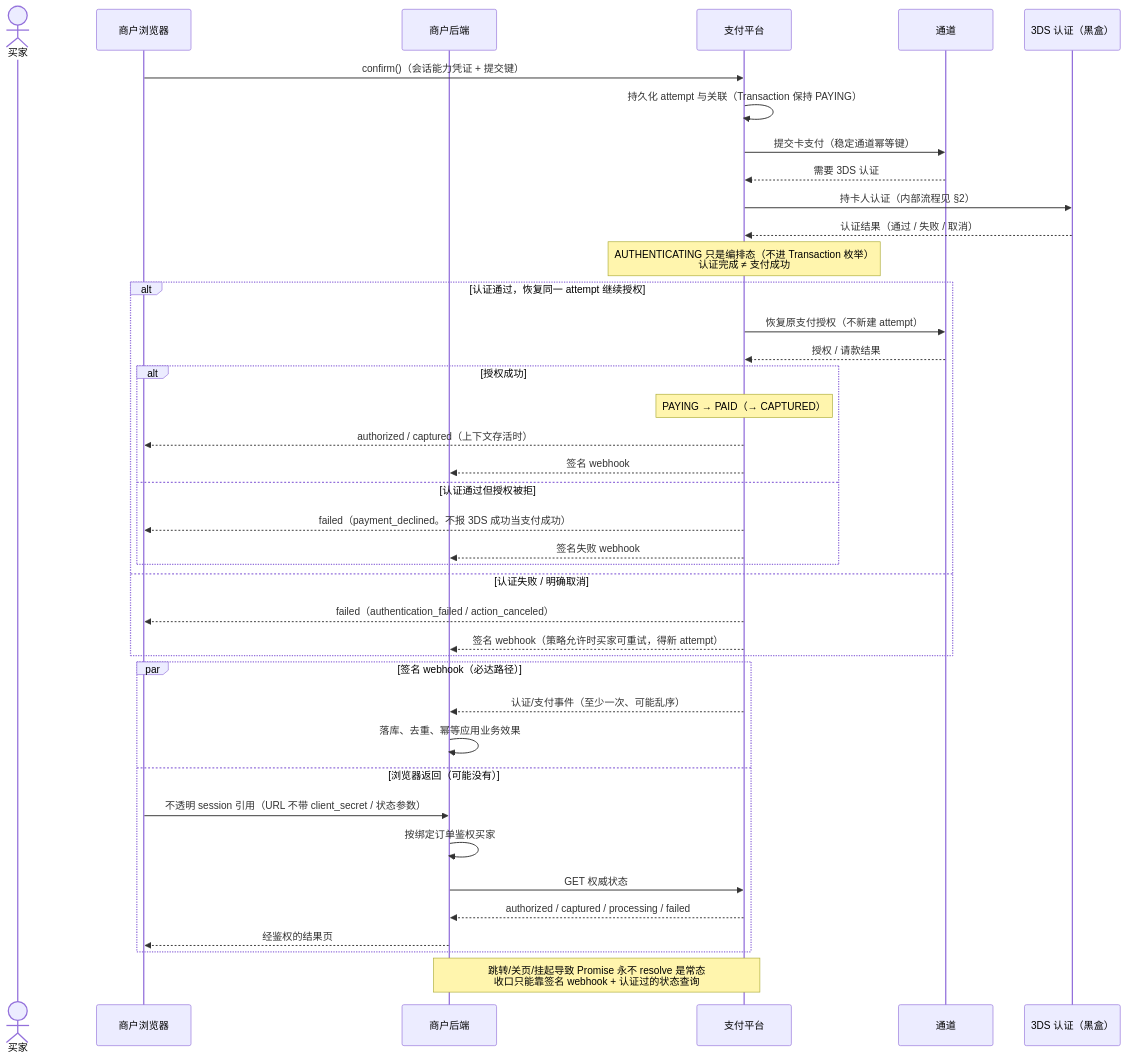
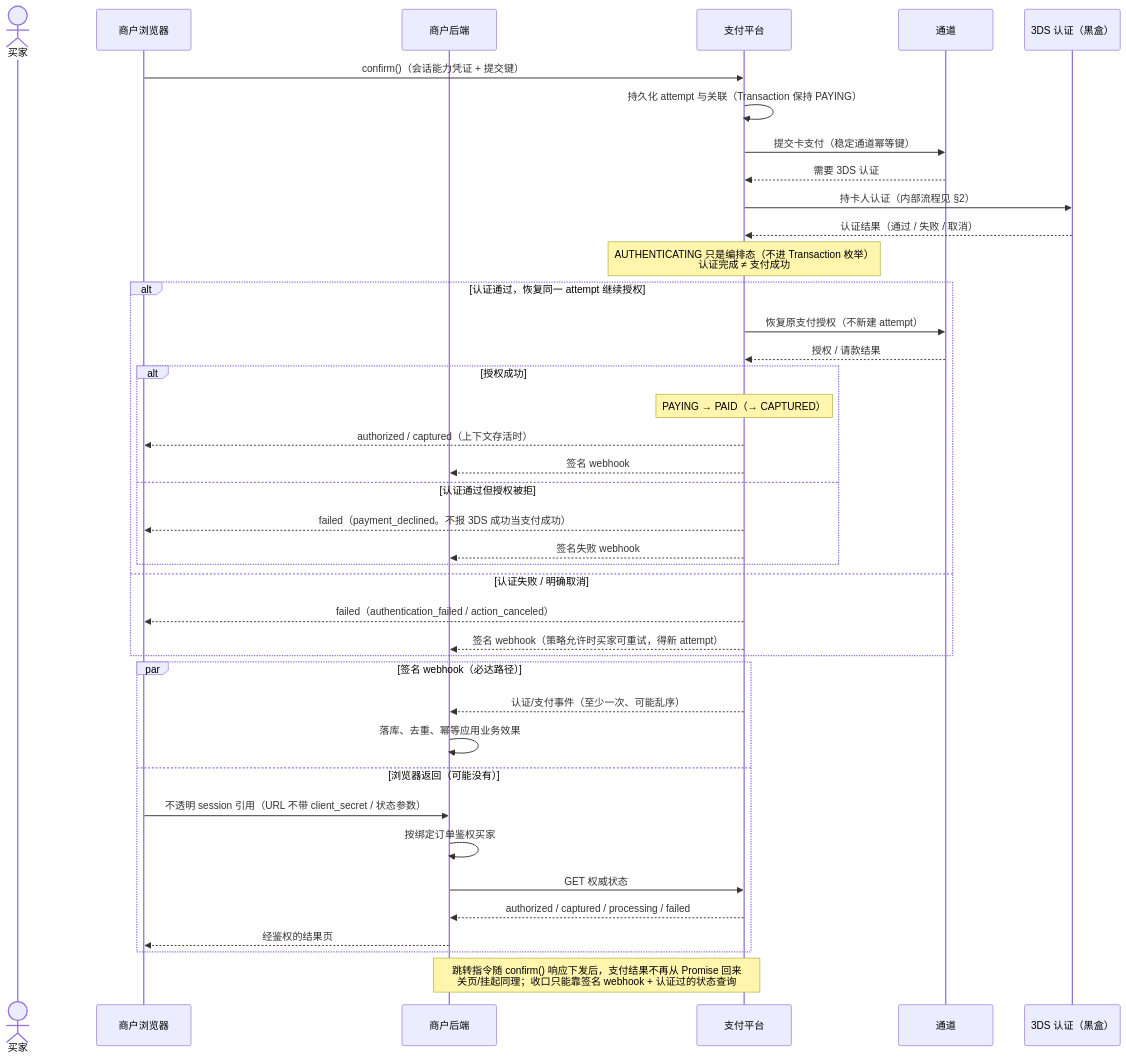
The second of 6 diagrams in docs/payment-element-auth-integration-design.md (1aboveio/wallet-architecture), drawn with Mermaid before and after one commit. The commit also changed other lines of this file and 1 other file, not shown here.

First line of the commit message:
docs: deliver 3DS redirect via confirm() response, browser performs the jump

````diff
--- a/docs/payment-element-auth-integration-design.md
+++ b/docs/payment-element-auth-integration-design.md
@@ -90,46 +90,46 @@
 ```mermaid
 sequenceDiagram
     actor Buyer as 买家
     participant Browser as 商户浏览器
     participant Backend as 商户后端
     participant Platform as 支付平台
     participant Processor as 通道
     participant DS3 as 3DS 认证（黑盒）
 
     Browser->>Platform: confirm()（会话能力凭证 + 提交键）
     Platform->>Platform: 持久化 attempt 与关联（Transaction 保持 PAYING）
     Platform->>Processor: 提交卡支付（稳定通道幂等键）
     Processor-->>Platform: 需要 3DS 认证
     Platform->>DS3: 持卡人认证（内部流程见 §2）
     DS3-->>Platform: 认证结果（通过 / 失败 / 取消）
     Note over Platform: AUTHENTICATING 只是编排态（不进 Transaction 枚举）<br/>认证完成 ≠ 支付成功
 
     alt 认证通过，恢复同一 attempt 继续授权
         Platform->>Processor: 恢复原支付授权（不新建 attempt）
         Processor-->>Platform: 授权 / 请款结果
         alt 授权成功
             Note over Platform: PAYING → PAID（→ CAPTURED）
             Platform-->>Browser: authorized / captured（上下文存活时）
             Platform-->>Backend: 签名 webhook
         else 认证通过但授权被拒
             Platform-->>Browser: failed（payment_declined。不报 3DS 成功当支付成功）
             Platform-->>Backend: 签名失败 webhook
         end
     else 认证失败 / 明确取消
         Platform-->>Browser: failed（authentication_failed / action_canceled）
         Platform-->>Backend: 签名 webhook（策略允许时买家可重试，得新 attempt）
     end
 
     par 签名 webhook（必达路径）
         Platform-->>Backend: 认证/支付事件（至少一次、可能乱序）
         Backend->>Backend: 落库、去重、幂等应用业务效果
     and 浏览器返回（可能没有）
         Browser->>Backend: 不透明 session 引用（URL 不带 client_secret / 状态参数）
         Backend->>Backend: 按绑定订单鉴权买家
         Backend->>Platform: GET 权威状态
         Platform-->>Backend: authorized / captured / processing / failed
         Backend-->>Browser: 经鉴权的结果页
     end
 
-    Note over Platform,Backend: 跳转/关页/挂起导致 Promise 永不 resolve 是常态<br/>收口只能靠签名 webhook + 认证过的状态查询
+    Note over Platform,Backend: 跳转指令随 confirm() 响应下发后，支付结果不再从 Promise 回来<br/>关页/挂起同理；收口只能靠签名 webhook + 认证过的状态查询
 ```
````
